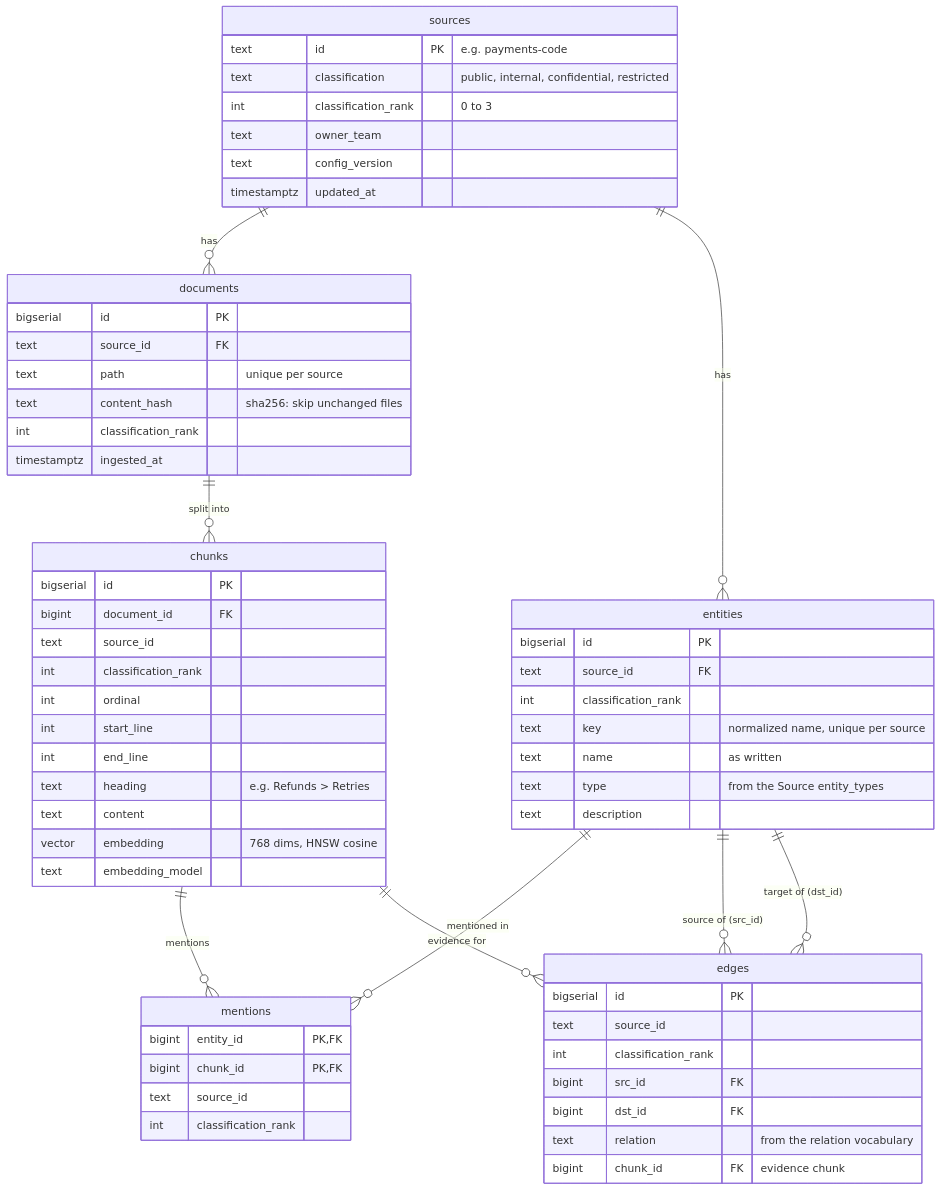
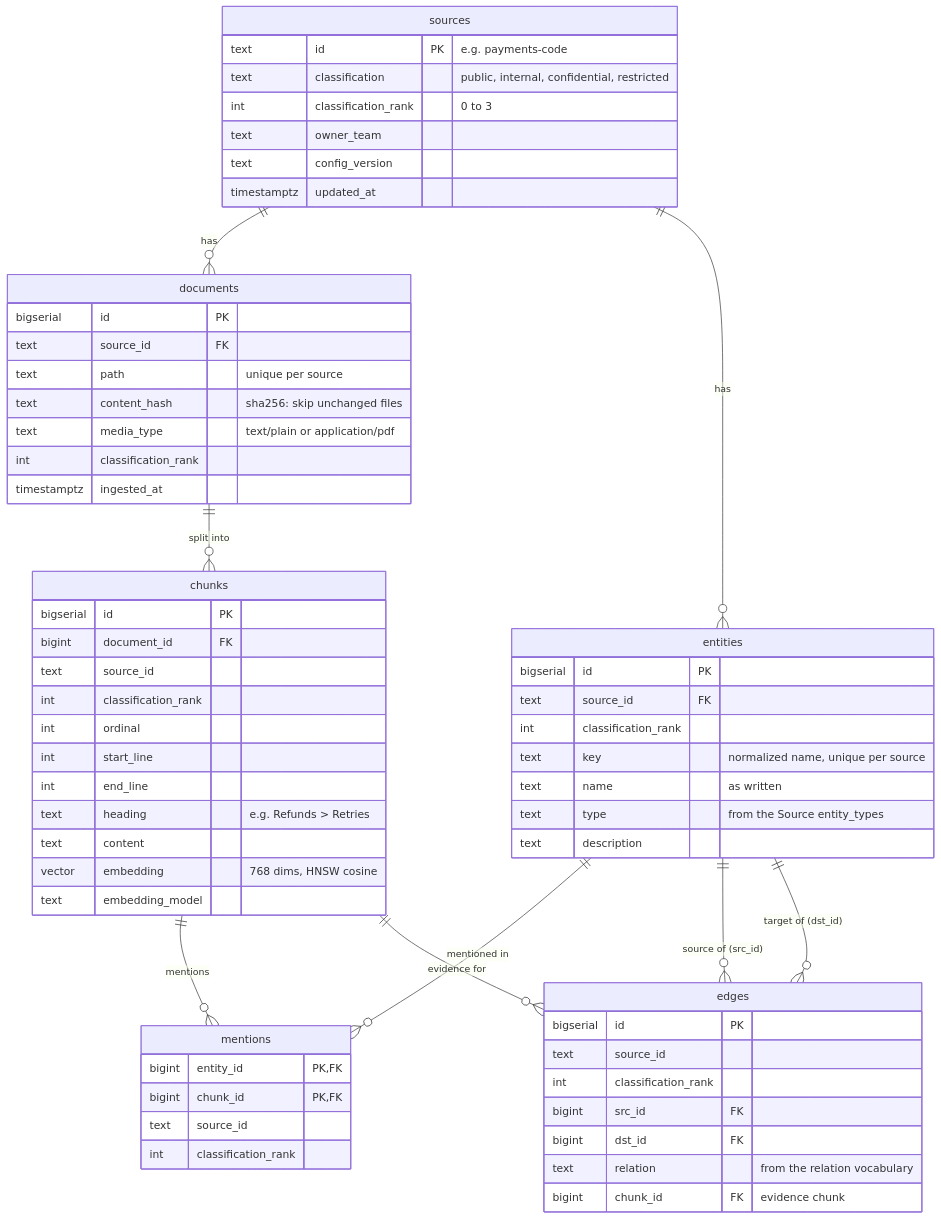
Before and after one commit to shaheenks/agentic-sdlc-core: the diagram in docs/DATABASE_SCHEMA.md, drawn with Mermaid. The commit also changed other lines of this file and 33 other files, not shown here.

First line of the commit message:
H10: PDF ingestion (text layer, opt-in OCR, page citations)

````diff
--- a/docs/DATABASE_SCHEMA.md
+++ b/docs/DATABASE_SCHEMA.md
@@ -35,65 +37,66 @@
 ```mermaid
 erDiagram
     sources ||--o{ documents : "has"
     documents ||--o{ chunks : "split into"
     sources ||--o{ entities : "has"
     entities ||--o{ mentions : "mentioned in"
     chunks ||--o{ mentions : "mentions"
     entities ||--o{ edges : "source of (src_id)"
     entities ||--o{ edges : "target of (dst_id)"
     chunks ||--o{ edges : "evidence for"
 
     sources {
         text id PK "e.g. payments-code"
         text classification "public, internal, confidential, restricted"
         int classification_rank "0 to 3"
         text owner_team
         text config_version
         timestamptz updated_at
     }
     documents {
         bigserial id PK
         text source_id FK
         text path "unique per source"
         text content_hash "sha256: skip unchanged files"
+        text media_type "text/plain or application/pdf"
         int classification_rank
         timestamptz ingested_at
     }
     chunks {
         bigserial id PK
         bigint document_id FK
         text source_id
         int classification_rank
         int ordinal
         int start_line
         int end_line
         text heading "e.g. Refunds > Retries"
         text content
         vector embedding "768 dims, HNSW cosine"
         text embedding_model
     }
     entities {
         bigserial id PK
         text source_id FK
         int classification_rank
         text key "normalized name, unique per source"
         text name "as written"
         text type "from the Source entity_types"
         text description
     }
     mentions {
         bigint entity_id PK, FK
         bigint chunk_id PK, FK
         text source_id
         int classification_rank
     }
     edges {
         bigserial id PK
         text source_id
         int classification_rank
         bigint src_id FK
         bigint dst_id FK
         text relation "from the relation vocabulary"
         bigint chunk_id FK "evidence chunk"
     }
 ```
````
